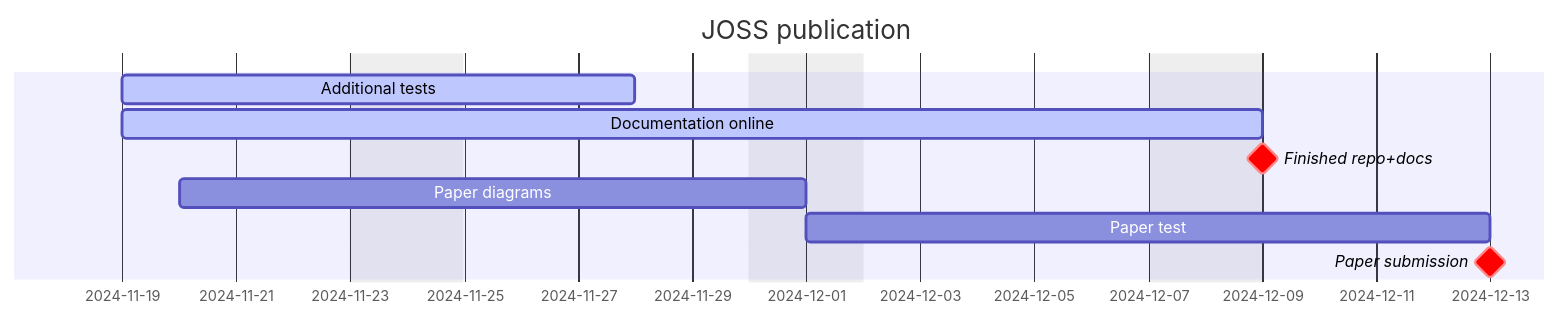
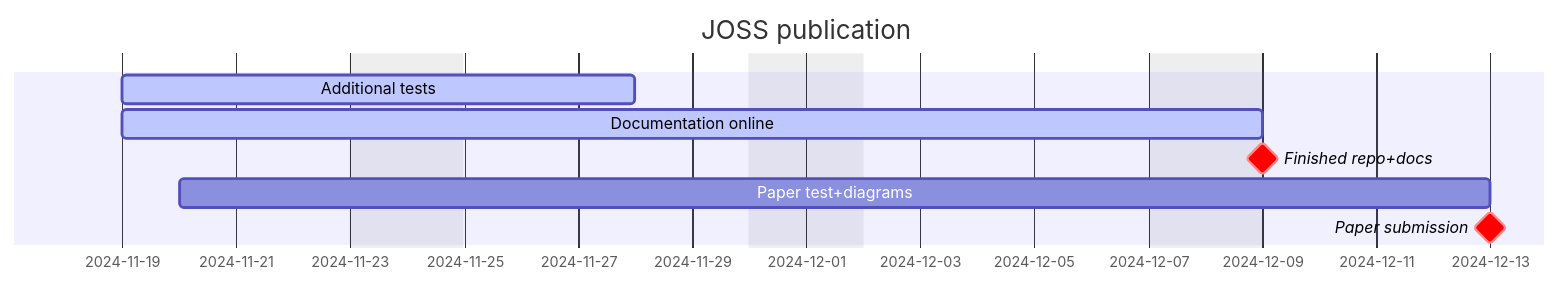
The diagram in paper/planning.md (ibois-epfl/augmented-carpentry), drawn with Mermaid before and after one commit. The commit also changed 1 other file, not shown here.

Commit message:
WIP-ADD: new github action for joss paper

````diff
--- a/paper/planning.md
+++ b/paper/planning.md
@@ -1,13 +1,12 @@
 ```mermaid
 gantt
     dateFormat  YYYY-MM-DD
     title       JOSS publication
     excludes    weekends
 
     Additional tests                    :active, addtest, 2024-11-19, 1w
     Documentation online                :active, absed, 2024-11-19, 2024-12-09
     Finished repo+docs                  :milestone, crit, repodocs, 2024-12-09, 0d
-    Paper diagrams                   :dataflow, 2024-11-20, 2024-12-01
-    Paper test                     :redactipap, 2024-12-01, 2024-12-13
+    Paper test+diagrams                 :redactipap, 2024-11-20, 2024-12-13
     Paper submission                    :milestone, crit, subdate, 2024-12-13, 0d
 ```
````
